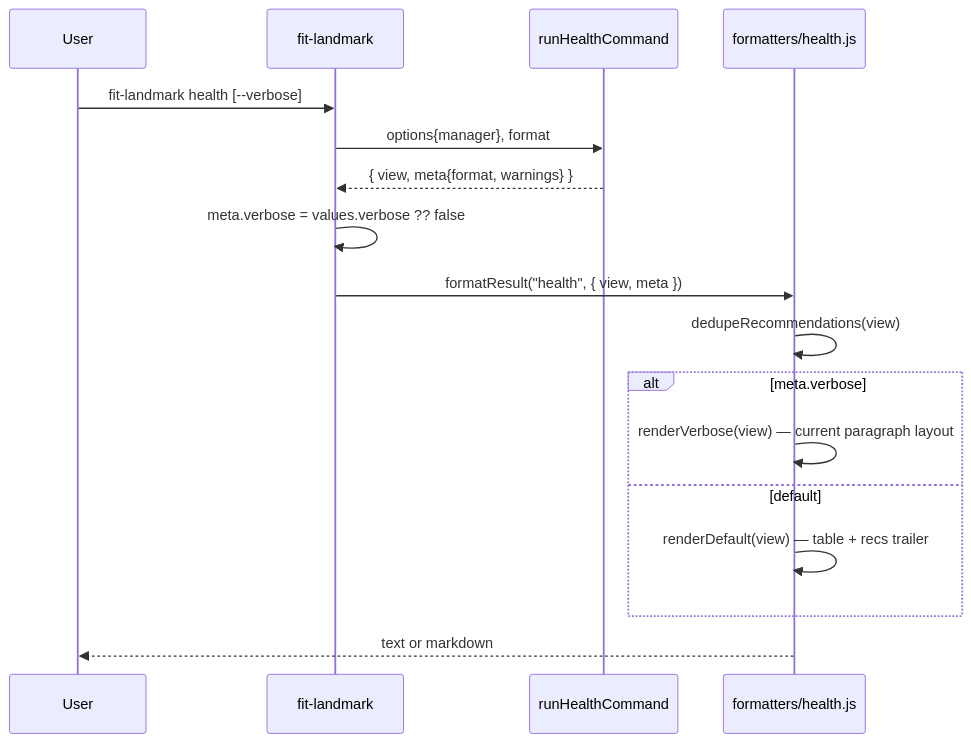
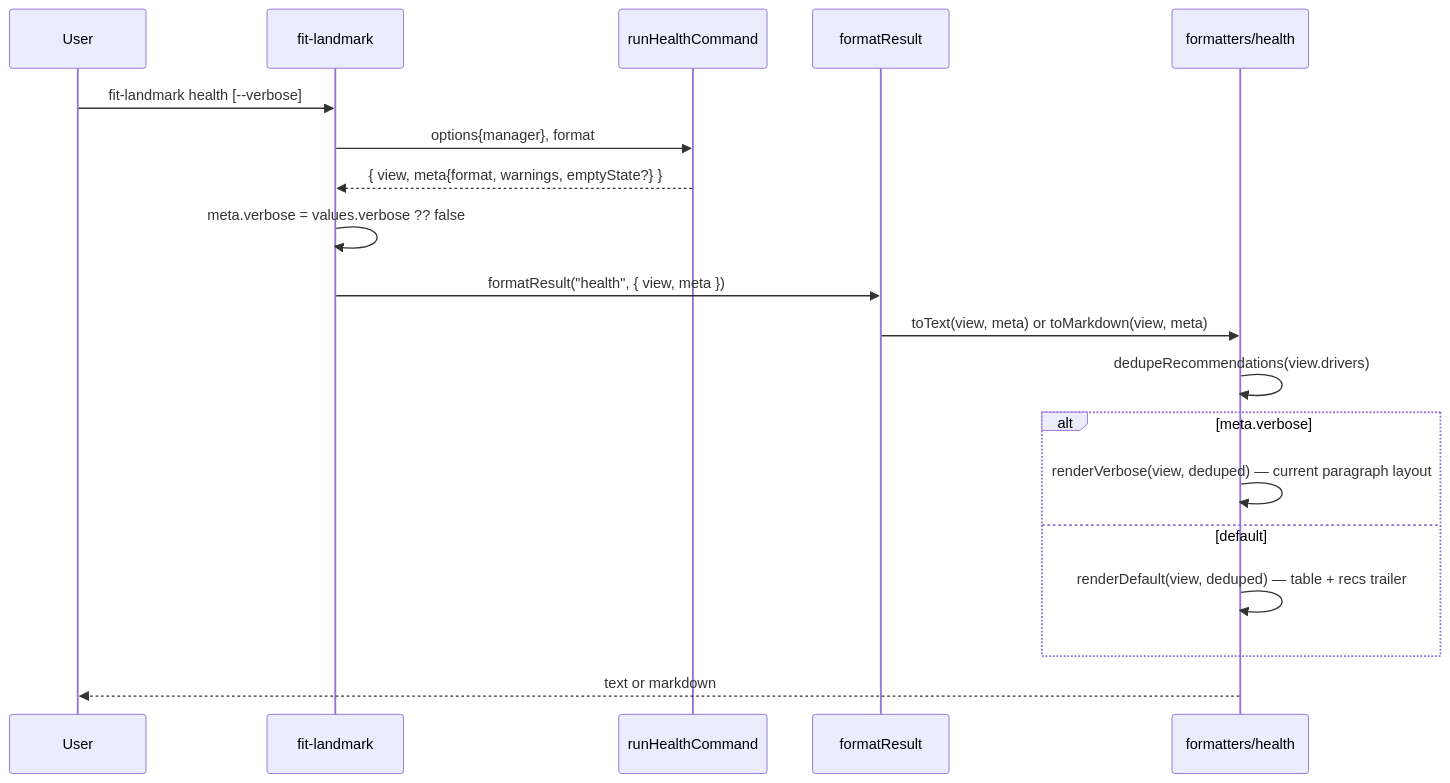
The second of 2 diagrams in specs/720-landmark-health-view-readability/design-a.md (forwardimpact/pathway), drawn with Mermaid before and after one commit. The commit also changed other lines of this file, not shown here.

````diff
--- a/specs/720-landmark-health-view-readability/design-a.md
+++ b/specs/720-landmark-health-view-readability/design-a.md
@@ -43,19 +42,21 @@
 ```mermaid
 sequenceDiagram
   participant U as User
   participant CLI as fit-landmark
   participant H as runHealthCommand
-  participant F as formatters/health.js
+  participant D as formatResult
+  participant F as formatters/health
   U->>CLI: fit-landmark health [--verbose]
   CLI->>H: options{manager}, format
-  H-->>CLI: { view, meta{format, warnings} }
+  H-->>CLI: { view, meta{format, warnings, emptyState?} }
   CLI->>CLI: meta.verbose = values.verbose ?? false
-  CLI->>F: formatResult("health", { view, meta })
-  F->>F: dedupeRecommendations(view)
+  CLI->>D: formatResult("health", { view, meta })
+  D->>F: toText(view, meta) or toMarkdown(view, meta)
+  F->>F: dedupeRecommendations(view.drivers)
   alt meta.verbose
-    F->>F: renderVerbose(view) — current paragraph layout
+    F->>F: renderVerbose(view, deduped) — current paragraph layout
   else default
-    F->>F: renderDefault(view) — table + recs trailer
+    F->>F: renderDefault(view, deduped) — table + recs trailer
   end
   F-->>U: text or markdown
 ```
````
